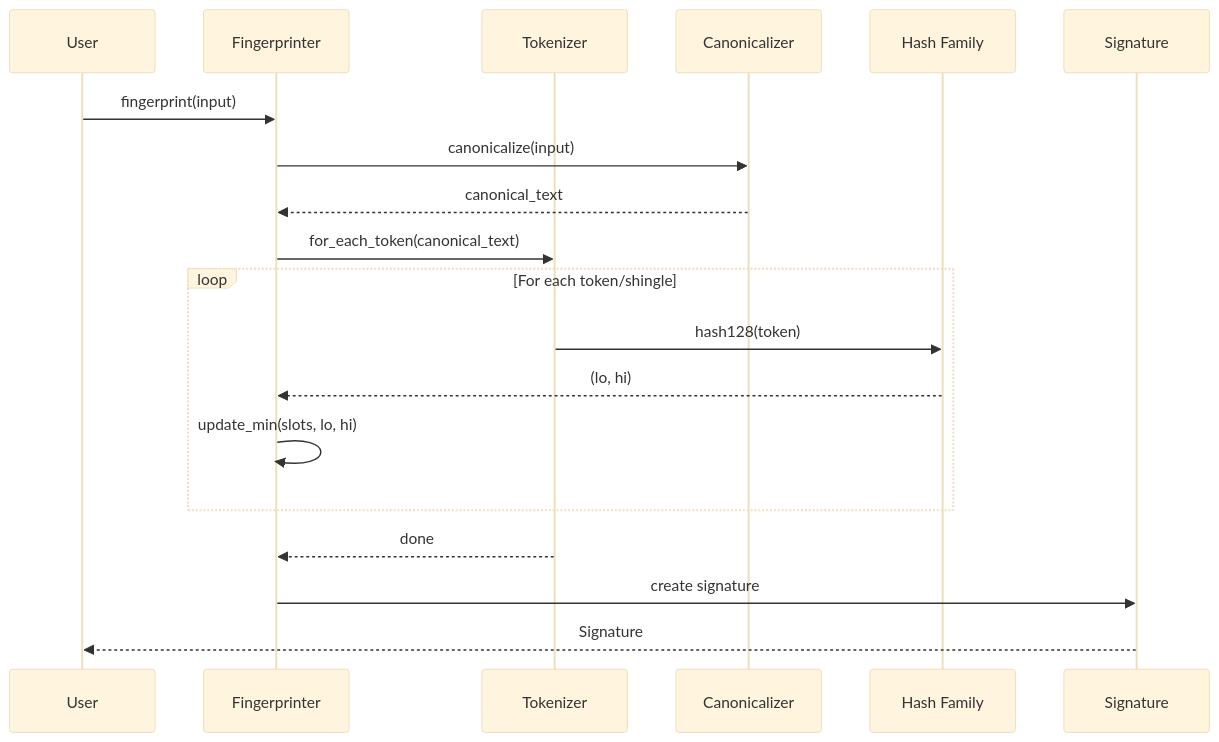
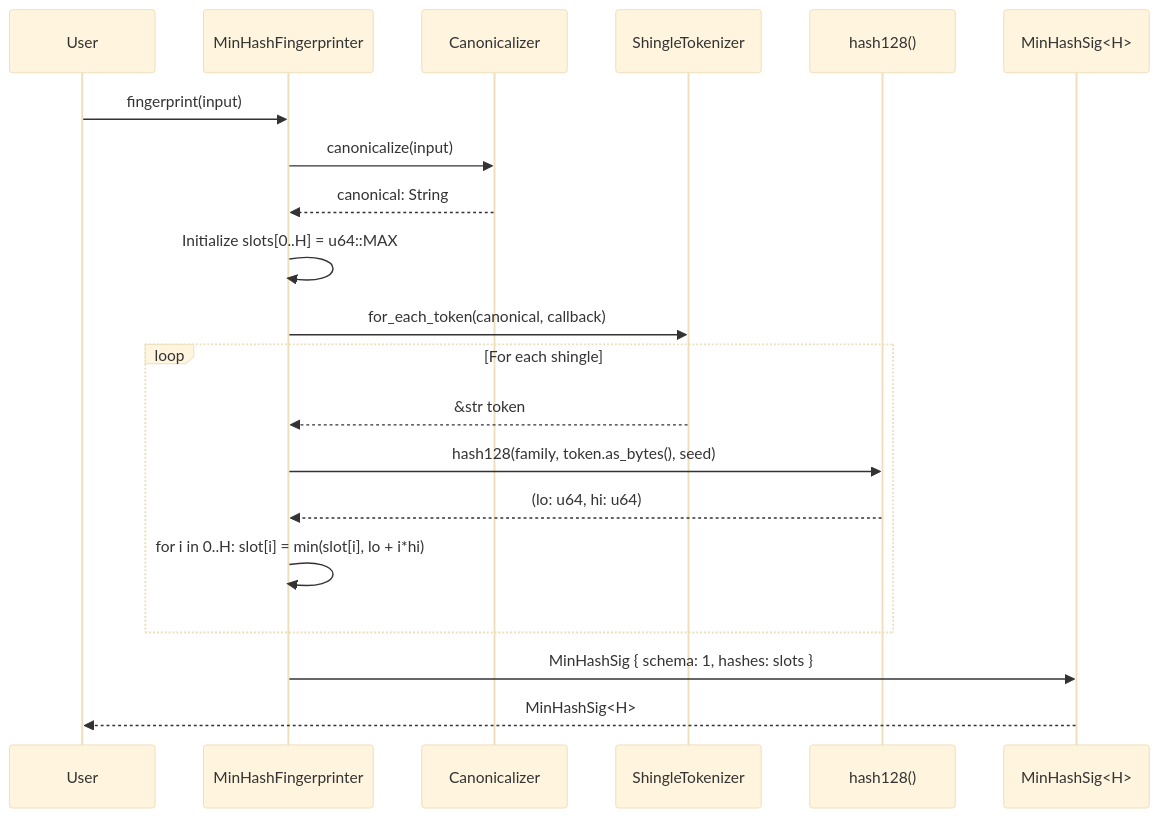
Before and after one commit to themankindproject/txtfp: the second of 9 diagrams in txt.md, drawn with Mermaid (base theme). The commit also changed other lines of this file and 1 other file, not shown here.

````diff
--- a/txt.md
+++ b/txt.md
@@ -198,22 +142,26 @@
 ```mermaid
 sequenceDiagram
     participant User
-    participant Fingerprint as Fingerprinter
-    participant Tokenizer
-    participant Canonicalizer
-    participant Hash as Hash Family
-    participant Sig as Signature
+    participant FP as MinHashFingerprinter
+    participant Canon as Canonicalizer
+    participant Tok as ShingleTokenizer
+    participant Hash as hash128()
+    participant Sig as MinHashSig<H>
 
-    User->>Fingerprint: fingerprint(input)
-    Fingerprint->>Canonicalizer: canonicalize(input)
-    Canonicalizer-->>Fingerprint: canonical_text
-    Fingerprint->>Tokenizer: for_each_token(canonical_text)
-    loop For each token/shingle
-        Tokenizer->>Hash: hash128(token)
-        Hash-->>Fingerprint: (lo, hi)
-        Fingerprint->>Fingerprint: update_min(slots, lo, hi)
+    User->>FP: fingerprint(input)
+    FP->>Canon: canonicalize(input)
+    Canon-->>FP: canonical: String
+
+    FP->>FP: Initialize slots[0..H] = u64::MAX
+
+    FP->>Tok: for_each_token(canonical, callback)
+    loop For each shingle
+        Tok-->>FP: &str token
+        FP->>Hash: hash128(family, token.as_bytes(), seed)
+        Hash-->>FP: (lo: u64, hi: u64)
+        FP->>FP: for i in 0..H: slot[i] = min(slot[i], lo + i*hi)
     end
-    Tokenizer-->>Fingerprint: done
-    Fingerprint->>Sig: create signature
-    Sig-->>User: Signature
+
+    FP->>Sig: MinHashSig { schema: 1, hashes: slots }
+    Sig-->>User: MinHashSig<H>
 ```
````
